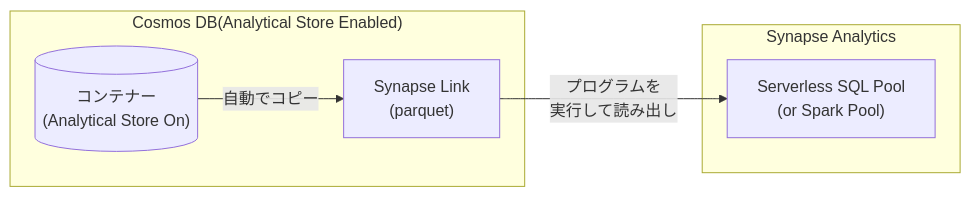
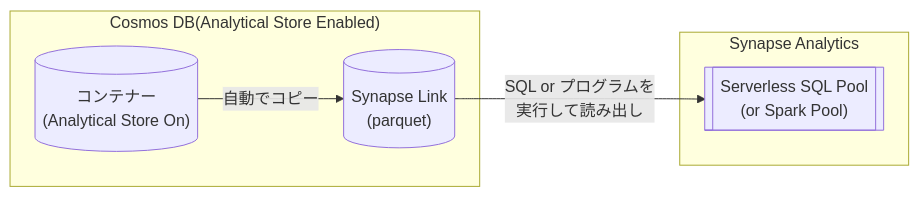
The third of 4 diagrams in readme.md (tahayaka-microsoft/CosmosDB-ChangeFeed-Functions), drawn with Mermaid before and after one commit. The commit also changed other lines of this file, not shown here.

````diff
--- a/readme.md
+++ b/readme.md
@@ -344,14 +344,14 @@
 ```mermaid
 graph LR
 subgraph "Cosmos DB(Analytical Store Enabled)"
   A[("コンテナー
-  (Analytical Store On)")] --"自動でコピー"--> B["Synapse Link
-  (parquet)"]
+  (Analytical Store On)")] --"自動でコピー"--> B[("Synapse Link
+  (parquet)")]
 end
 subgraph Synapse Analytics
-  C["Serverless SQL Pool
-  (or Spark Pool)"]
+  C[["Serverless SQL Pool
+  (or Spark Pool)"]]
 end
-B --"プログラムを
+B --"SQL or プログラムを
 実行して読み出し"--> C
 ```
````
